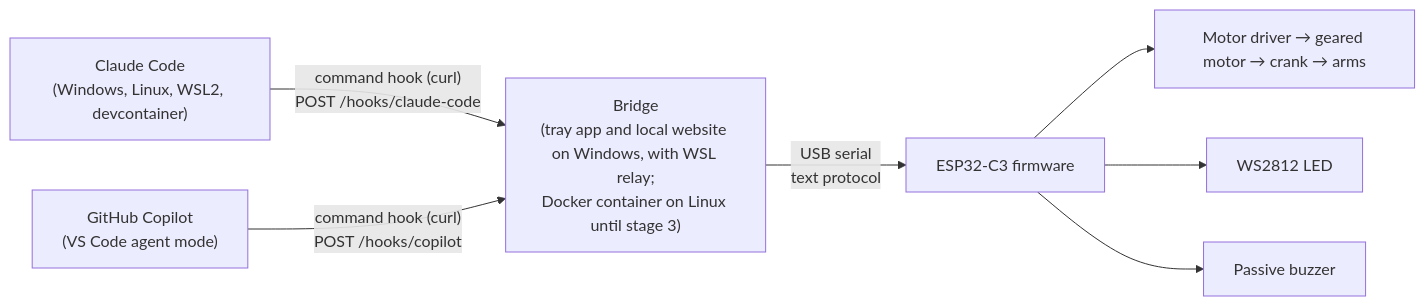
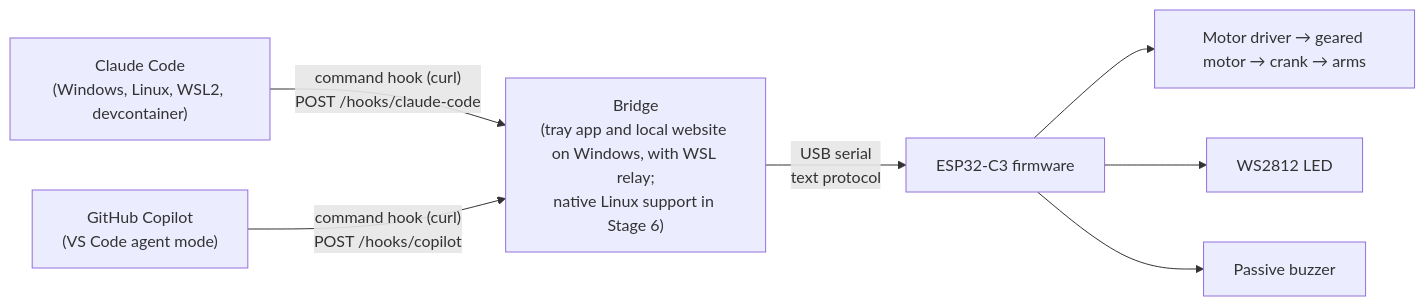
One commit to gravity981/agent-cody changed the diagram in spec/architecture.md. Above: the diagram before and after it, drawn with Mermaid. The commit also changed other lines of this file and 43 other files, not shown here.

Commit message:
Step 3a – Retire the Python Docker bridge

````diff
--- a/spec/architecture.md
+++ b/spec/architecture.md
@@ -9,9 +9,9 @@
 ```mermaid
 flowchart LR
     CC["Claude Code<br/>(Windows, Linux, WSL2, devcontainer)"] -->|"command hook (curl)<br/>POST /hooks/claude-code"| BR
     CP["GitHub Copilot<br/>(VS Code agent mode)"] -->|"command hook (curl)<br/>POST /hooks/copilot"| BR
-    BR["Bridge<br/>(tray app and local website on Windows, with WSL relay;<br/>Docker container on Linux until stage 3)"] -->|"USB serial<br/>text protocol"| FW
+    BR["Bridge<br/>(tray app and local website on Windows, with WSL relay;<br/>native Linux support in Stage 6)"] -->|"USB serial<br/>text protocol"| FW
     FW["ESP32-C3 firmware"] --> MD["Motor driver → geared motor → crank → arms"]
     FW --> LED["WS2812 LED"]
     FW --> BZ["Passive buzzer"]
 ```
````
